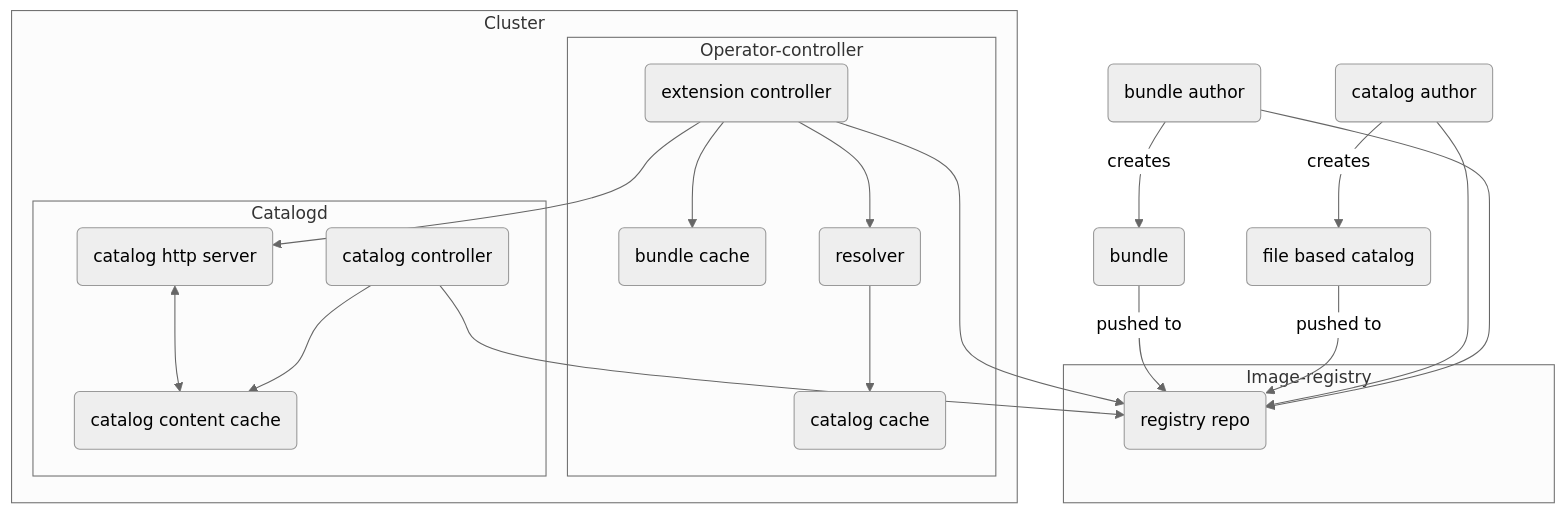
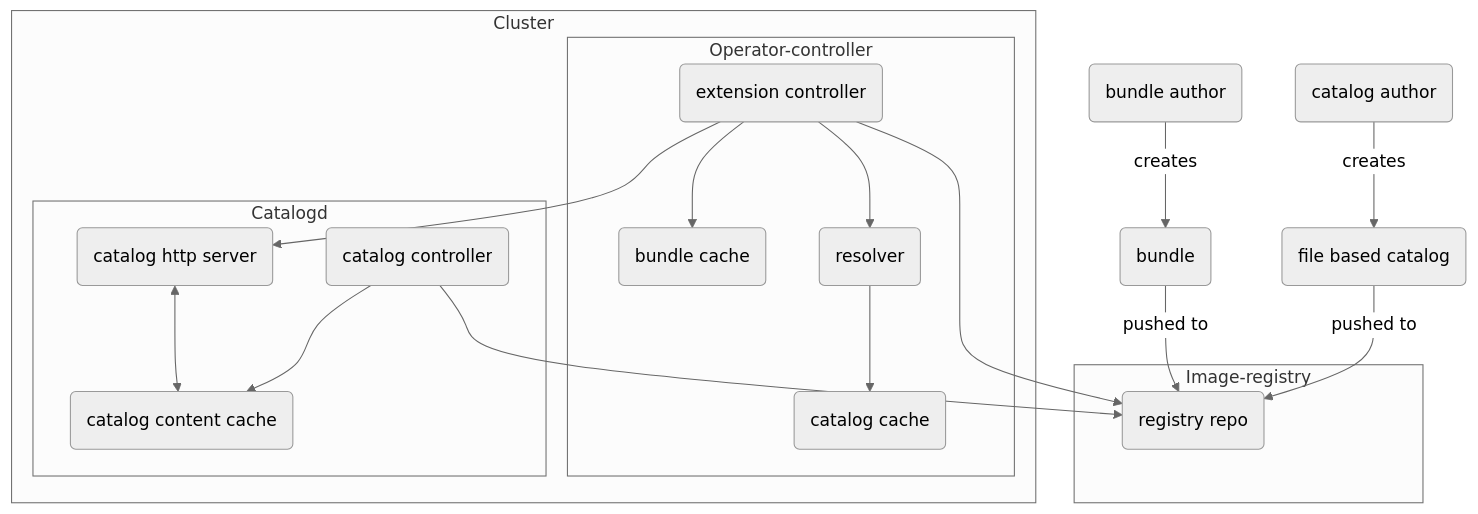
Before and after one commit to operator-framework/operator-controller: the diagram in docs/drafts/architecture.md, drawn with Mermaid (neutral theme). The commit also changed other lines of this file, not shown here.

````diff
--- a/docs/drafts/architecture.md
+++ b/docs/drafts/architecture.md
@@ -43,40 +13,38 @@
 ```mermaid
 flowchart TB
     A(bundle)
     B(registry repo)
     C(catalog author)
     D(bundle author)
     E(file based catalog)
     F(extension controller)
     G(bundle cache)
     H(catalog cache)
     I(resolver)
     J(catalog controller)
     K(catalog content cache)
     L(catalog http server)
 
     subgraph Image-registry
     B
     end
     subgraph Cluster
     subgraph Operator-controller
     F-->G
     F-->I
     I-->H
     end
     subgraph Catalogd
     J-->K
     L<-->K
     end
     end
 
     F-->L
-    D-->B
-    C-->B
     F-->B
     J-->B
     C -- creates --> E
     E -- pushed to --> B
     D -- creates --> A
     A -- pushed to --> B
 ```
````
